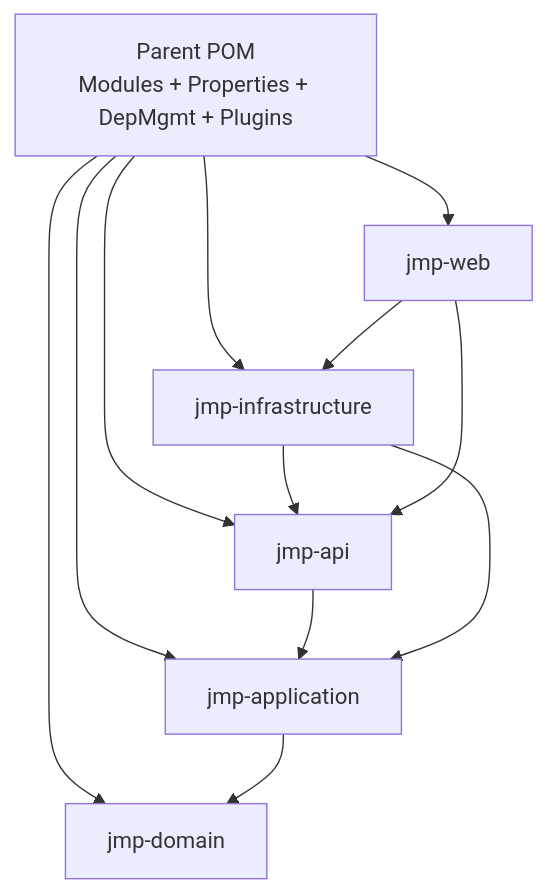
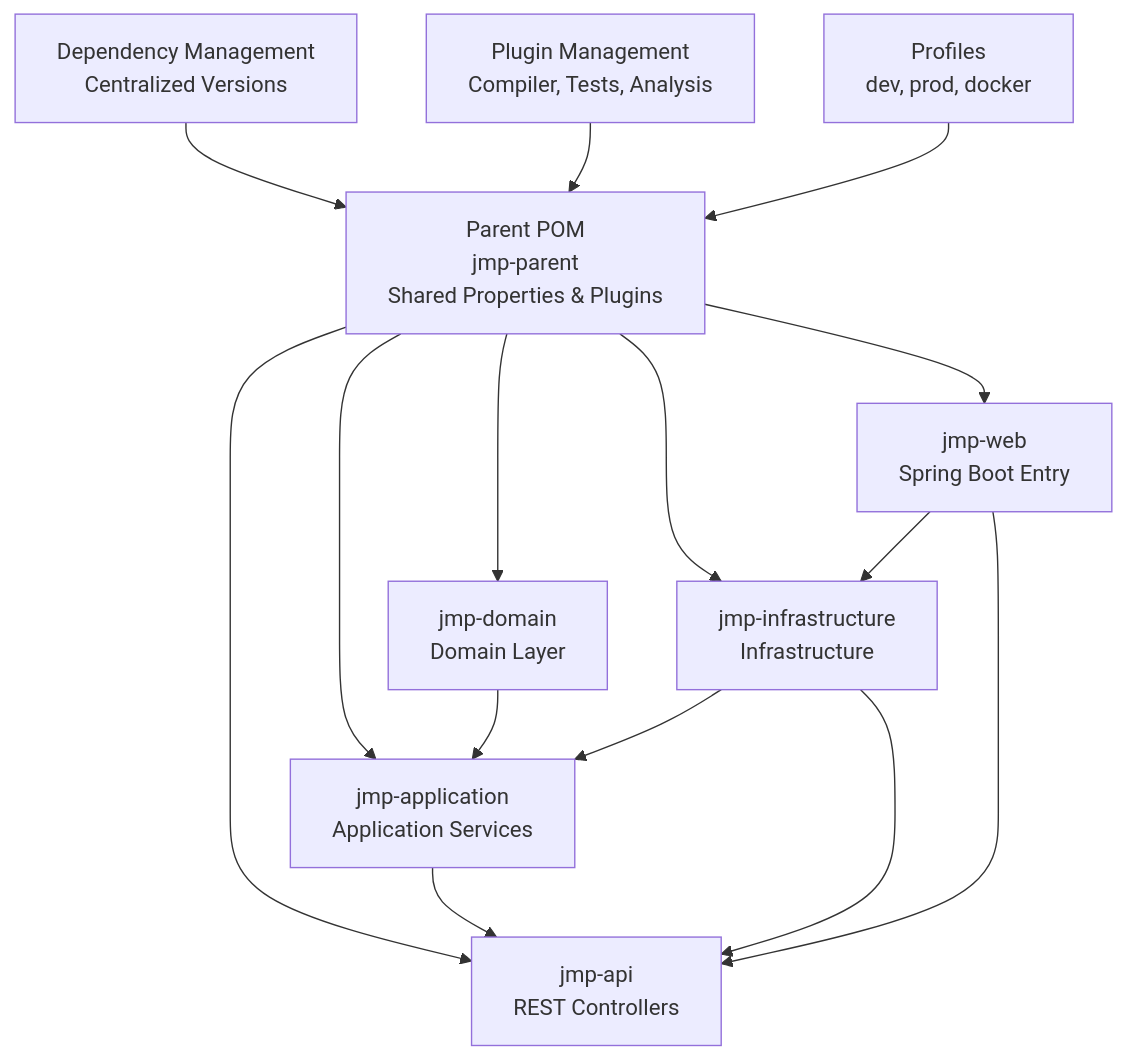
Before and after one commit to Vostrikov2014/vks-qoder: the sixth of 6 diagrams in .qoder/repowiki/en/content/Development Guidelines.md, drawn with Mermaid. The commit also changed other lines of this file and 9 other files, not shown here.

````diff
--- a/.qoder/repowiki/en/content/Development Guidelines.md
+++ b/.qoder/repowiki/en/content/Development Guidelines.md
@@ -244,14 +275,17 @@
 ```mermaid
 graph TB
-POM["Parent POM<br/>Modules + Properties + DepMgmt + Plugins"] --> MOD1["jmp-domain"]
-POM --> MOD2["jmp-application"]
-POM --> MOD3["jmp-infrastructure"]
-POM --> MOD4["jmp-api"]
-POM --> MOD5["jmp-web"]
-MOD4 --> MOD2
-MOD2 --> MOD1
-MOD3 --> MOD4
-MOD3 --> MOD2
-MOD5 --> MOD4
-MOD5 --> MOD3
+PARENT["Parent POM<br/>jmp-parent<br/>Shared Properties & Plugins"] --> DOMAIN["jmp-domain<br/>Domain Layer"]
+PARENT --> APP["jmp-application<br/>Application Services"]
+PARENT --> INFRA["jmp-infrastructure<br/>Infrastructure"]
+PARENT --> API["jmp-api<br/>REST Controllers"]
+PARENT --> WEB["jmp-web<br/>Spring Boot Entry"]
+DOMAIN --> APP
+APP --> API
+INFRA --> API
+INFRA --> APP
+WEB --> API
+WEB --> INFRA
+DEPS["Dependency Management<br/>Centralized Versions"] --> PARENT
+PLUGINS["Plugin Management<br/>Compiler, Tests, Analysis"] --> PARENT
+PROFILES["Profiles<br/>dev, prod, docker"] --> PARENT
 ```
````
